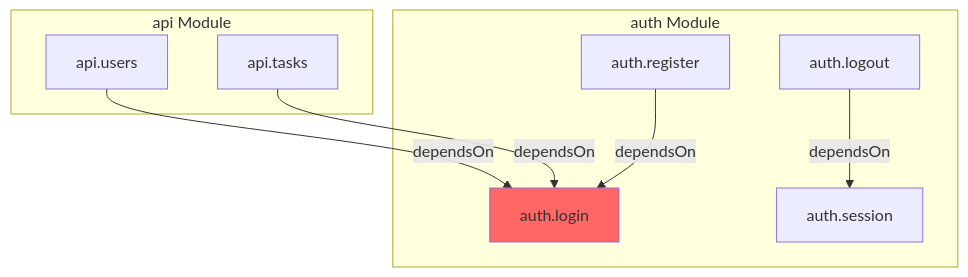
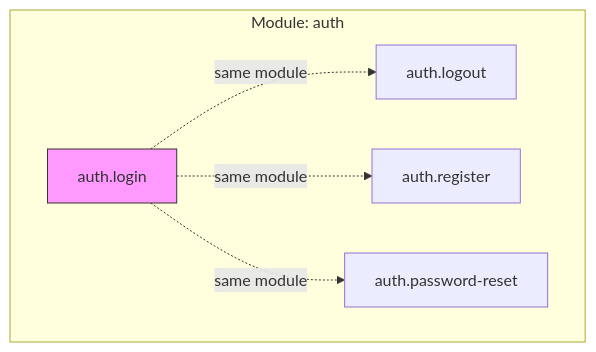
The fourth of 5 diagrams in docs/commands/impact.md (jerejones/agent-foreman), drawn with Mermaid before and after one commit. The commit also changed other lines of this file and 379 other files, not shown here.

````diff
--- a/docs/commands/impact.md
+++ b/docs/commands/impact.md
@@ -181,21 +153,15 @@
 ```mermaid
-graph TD
-    subgraph Module_Auth["auth Module"]
-        Login[auth.login]
-        Register[auth.register]
-        Logout[auth.logout]
-        Session[auth.session]
+graph TB
+    subgraph AuthModule["Module: auth"]
+        A[auth.login]
+        B[auth.logout]
+        C[auth.register]
+        D[auth.password-reset]
     end
 
-    subgraph Module_API["api Module"]
-        Users[api.users]
-        Tasks[api.tasks]
-    end
+    A -.->|same module| B
+    A -.->|same module| C
+    A -.->|same module| D
 
-    Register -->|dependsOn| Login
-    Logout -->|dependsOn| Session
-    Users -->|dependsOn| Login
-    Tasks -->|dependsOn| Login
-
-    style Login fill:#ff6666
+    style A fill:#f9f,stroke:#333
 ```
````
